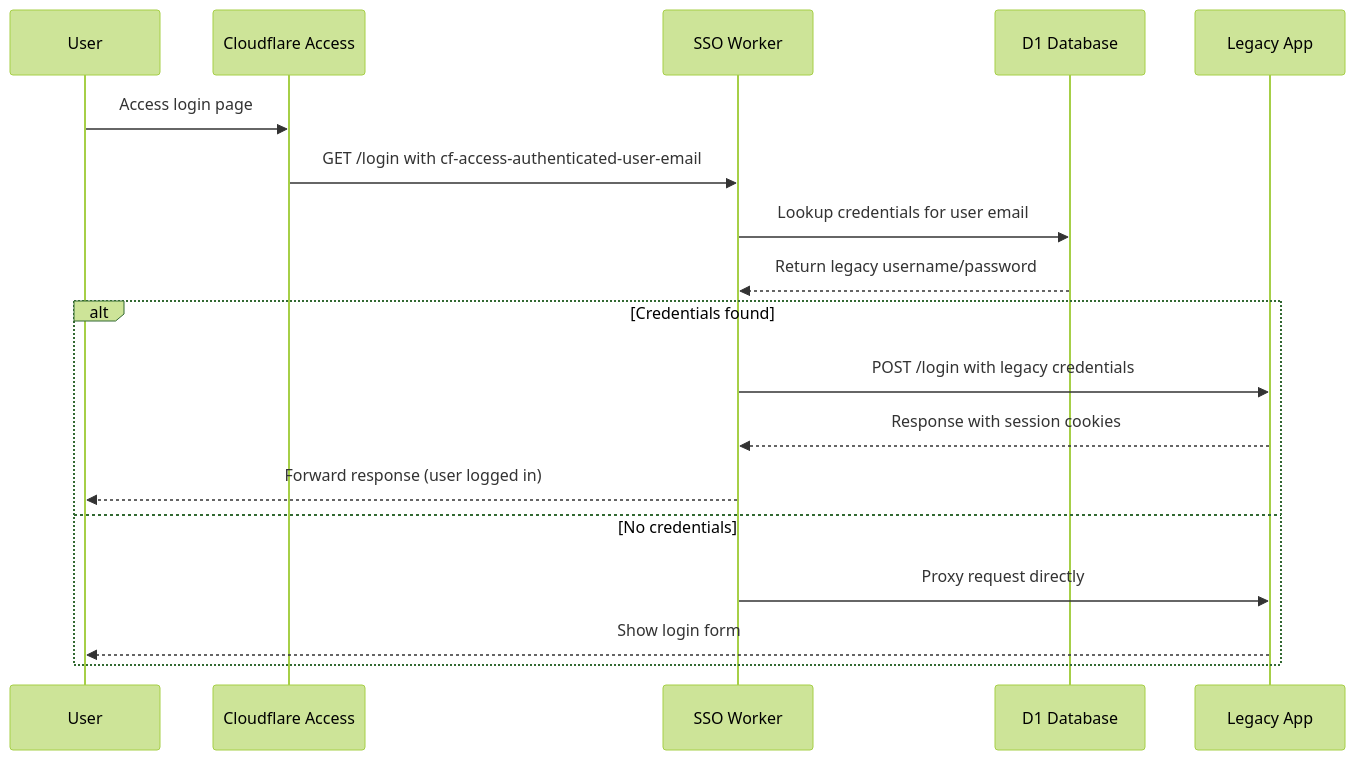
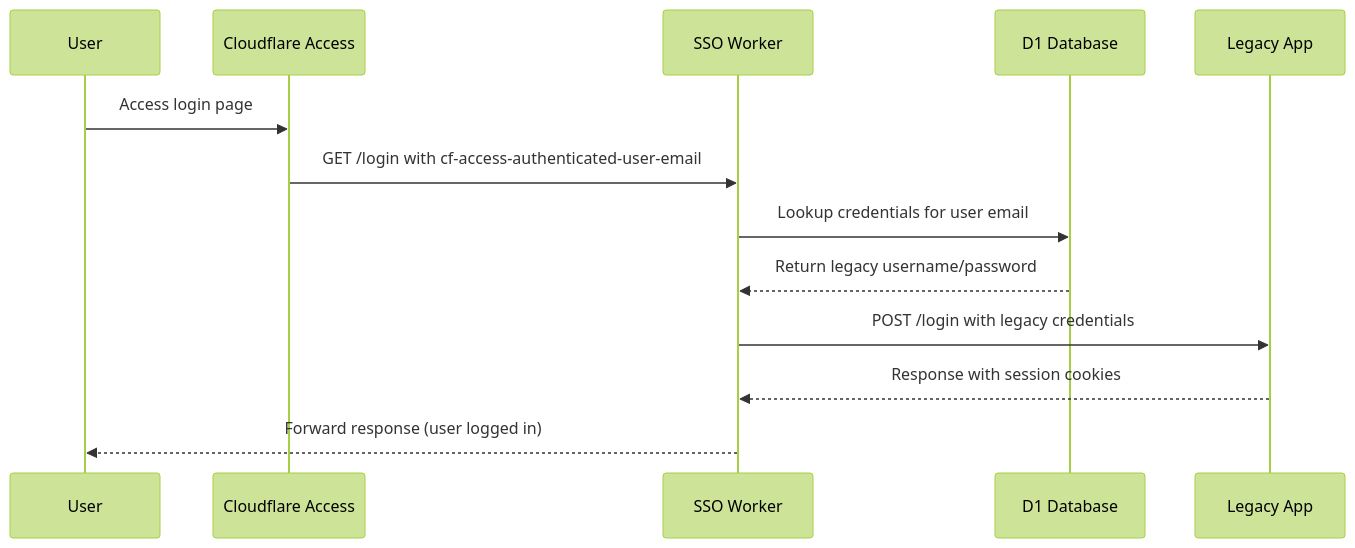
Before and after one commit to michielappelman/workers-sso-auto-login: the first of 2 diagrams in README.md, drawn with Mermaid (forest theme). The commit also changed other lines of this file, not shown here.

First line of the commit message:
Simplify Mermaid diagrams by removing conditional flows

````diff
--- a/README.md
+++ b/README.md
@@ -38,22 +38,16 @@
 ```mermaid
 sequenceDiagram
     participant User
     participant CF as Cloudflare Access
     participant Worker as SSO Worker
     participant D1 as D1 Database
     participant Origin as Legacy App
 
     User->>CF: Access login page
     CF->>Worker: GET /login with cf-access-authenticated-user-email
     Worker->>D1: Lookup credentials for user email
     D1-->>Worker: Return legacy username/password
-    
-    alt Credentials found
-        Worker->>Origin: POST /login with legacy credentials
-        Origin-->>Worker: Response with session cookies
-        Worker-->>User: Forward response (user logged in)
-    else No credentials
-        Worker->>Origin: Proxy request directly
-        Origin-->>User: Show login form
-    end
+    Worker->>Origin: POST /login with legacy credentials
+    Origin-->>Worker: Response with session cookies
+    Worker-->>User: Forward response (user logged in)
 ```
````
